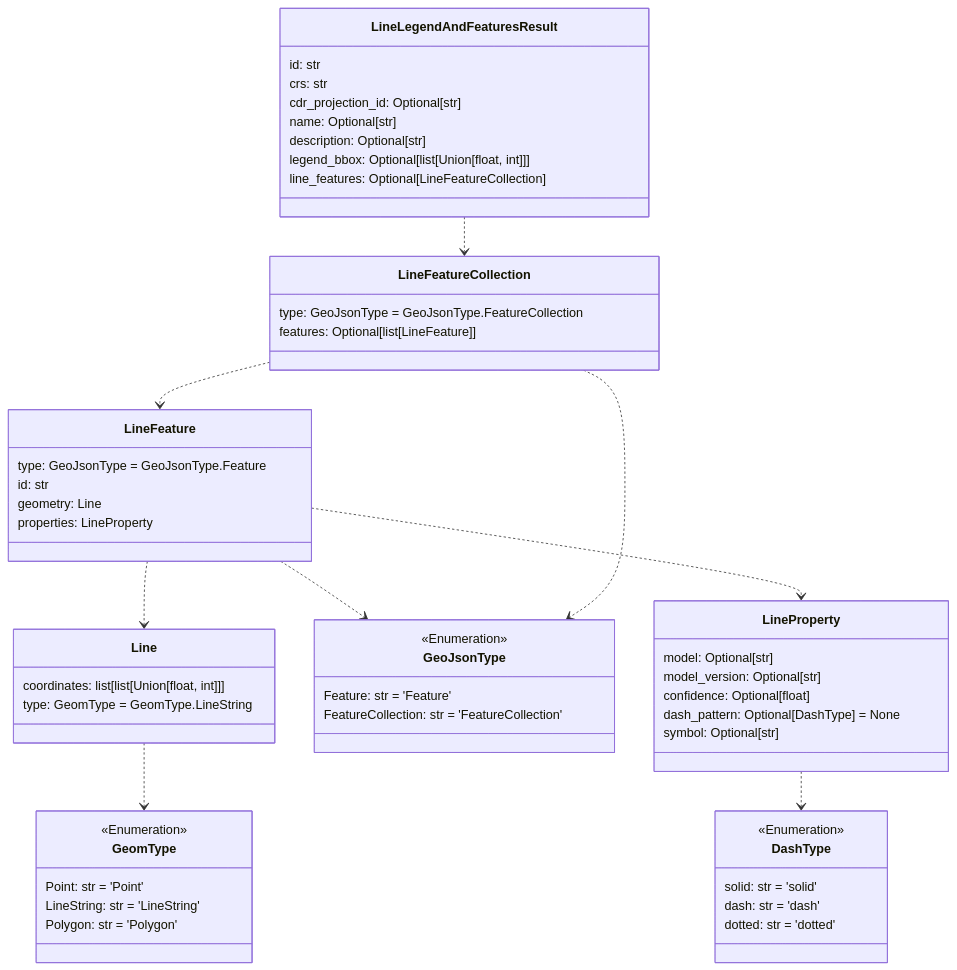
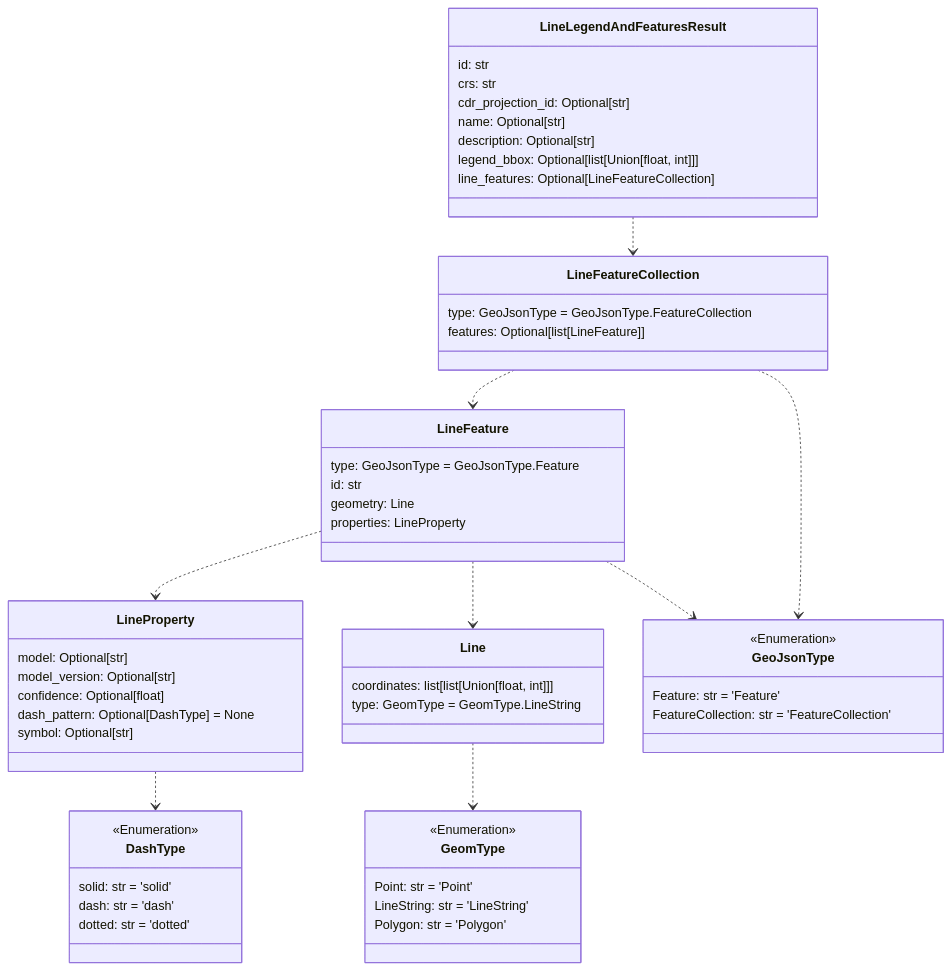
One commit to DARPA-CRITICALMAAS/cdr_schemas changed the sixth of 12 diagrams in README.md. Above: the diagram before and after it, drawn with Mermaid. The commit also changed other lines of this file and 4 other files, not shown here.

````diff
--- a/README.md
+++ b/README.md
@@ -395,69 +395,69 @@
 ```mermaid
 classDiagram
 
-    class LineFeatureCollection {
-        type: GeoJsonType = GeoJsonType.FeatureCollection
-        features: Optional[list[LineFeature]]
+    class LineFeature {
+        type: GeoJsonType = GeoJsonType.Feature
+        id: str
+        geometry: Line
+        properties: LineProperty
     }
 
     class Line {
         coordinates: list[list[Union[float, int]]]
         type: GeomType = GeomType.LineString
     }
 
-    class DashType {
+    class LineFeatureCollection {
+        type: GeoJsonType = GeoJsonType.FeatureCollection
+        features: Optional[list[LineFeature]]
+    }
+
+    class GeoJsonType {
         <<Enumeration>>
-        solid: str = 'solid'
-        dash: str = 'dash'
-        dotted: str = 'dotted'
+        Feature: str = 'Feature'
+        FeatureCollection: str = 'FeatureCollection'
     }
 
     class LineLegendAndFeaturesResult {
         id: str
         crs: str
         cdr_projection_id: Optional[str]
         name: Optional[str]
         description: Optional[str]
         legend_bbox: Optional[list[Union[float, int]]]
         line_features: Optional[LineFeatureCollection]
     }
 
-    class GeomType {
-        <<Enumeration>>
-        Point: str = 'Point'
-        LineString: str = 'LineString'
-        Polygon: str = 'Polygon'
-    }
-
-    class GeoJsonType {
-        <<Enumeration>>
-        Feature: str = 'Feature'
-        FeatureCollection: str = 'FeatureCollection'
-    }
-
     class LineProperty {
         model: Optional[str]
         model_version: Optional[str]
         confidence: Optional[float]
         dash_pattern: Optional[DashType] = None
         symbol: Optional[str]
     }
 
-    class LineFeature {
-        type: GeoJsonType = GeoJsonType.Feature
-        id: str
-        geometry: Line
-        properties: LineProperty
+    class GeomType {
+        <<Enumeration>>
+        Point: str = 'Point'
+        LineString: str = 'LineString'
+        Polygon: str = 'Polygon'
+    }
+
+    class DashType {
+        <<Enumeration>>
+        solid: str = 'solid'
+        dash: str = 'dash'
+        dotted: str = 'dotted'
     }
 
     Line ..> GeomType
     LineProperty ..> DashType
+    LineFeature ..> LineProperty
+    LineFeature ..> Line
     LineFeature ..> GeoJsonType
-    LineFeature ..> Line
-    LineFeature ..> LineProperty
     LineFeatureCollection ..> LineFeature
     LineFeatureCollection ..> GeoJsonType
     LineLegendAndFeaturesResult ..> LineFeatureCollection
 
 
 ```
````
